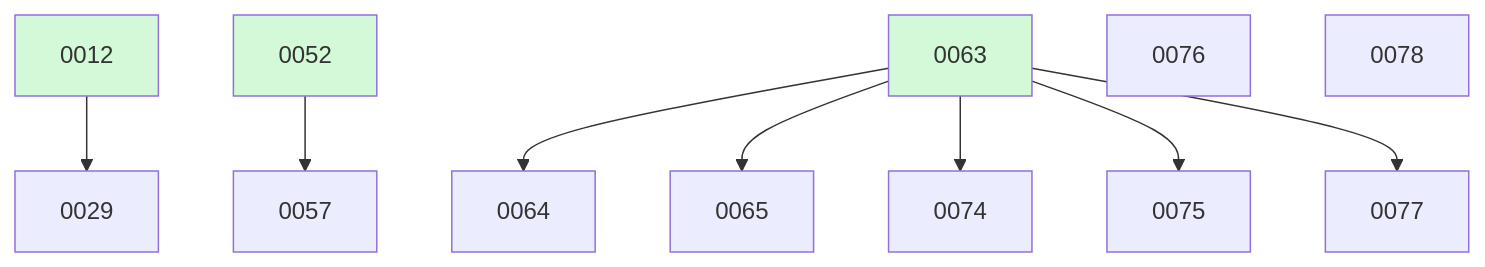
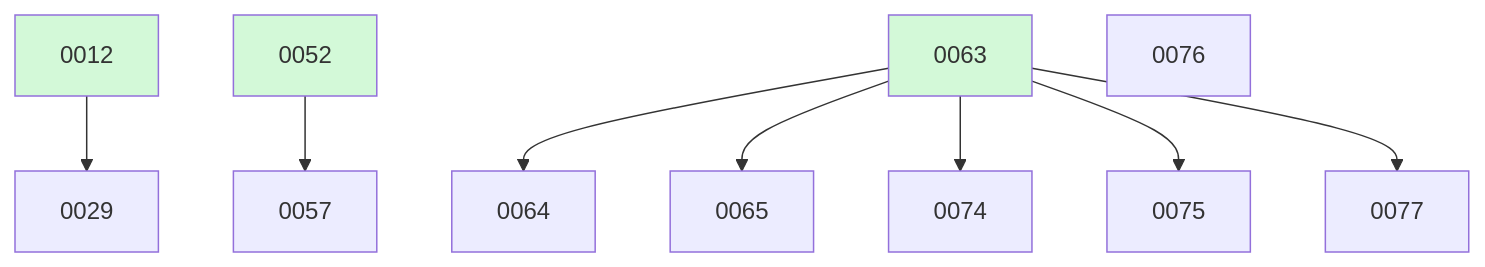
Before and after one commit to ethanhinson/fuse: the diagram in docs/changes/BOARD.md, drawn with Mermaid. The commit also changed other lines of this file, not shown here.

````diff
--- a/docs/changes/BOARD.md
+++ b/docs/changes/BOARD.md
@@ -29,16 +28,15 @@
 ```mermaid
 graph TD
   0012 --> 0029
   0052 --> 0057
   0063 --> 0064
   0063 --> 0065
   0063 --> 0074
   0063 --> 0075
   0076
   0063 --> 0077
-  0078
   0012:::done
   0052:::done
   0063:::done
   classDef done fill:#d3f9d8;
 ```
````
